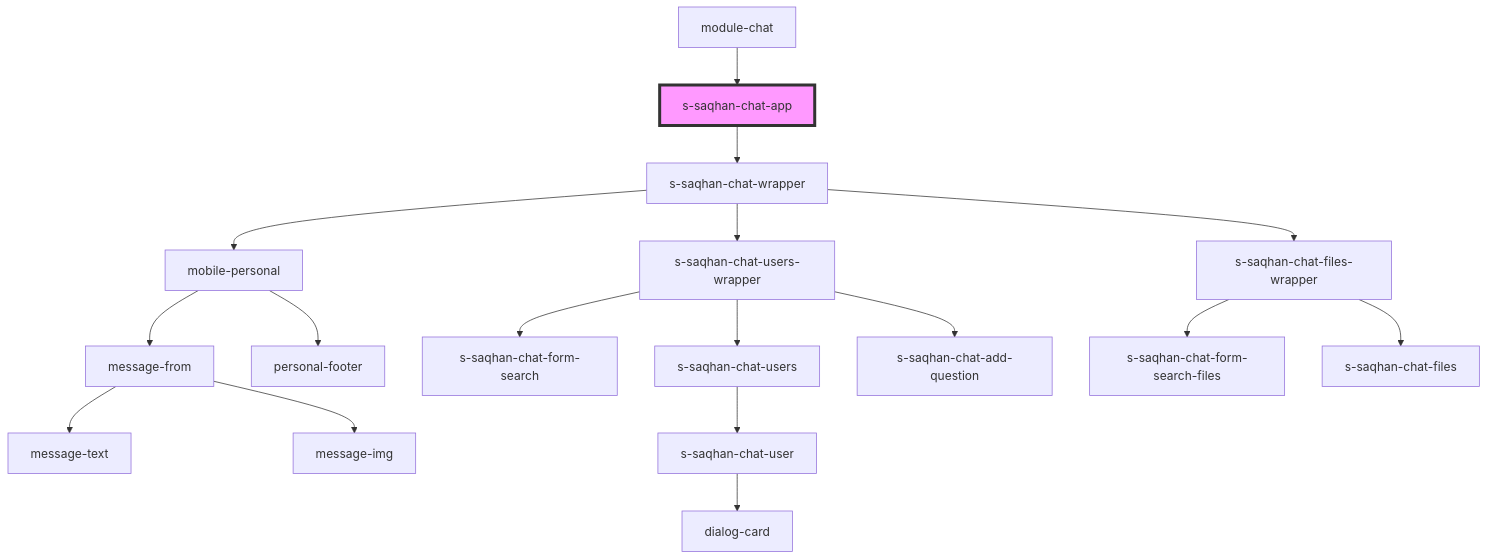
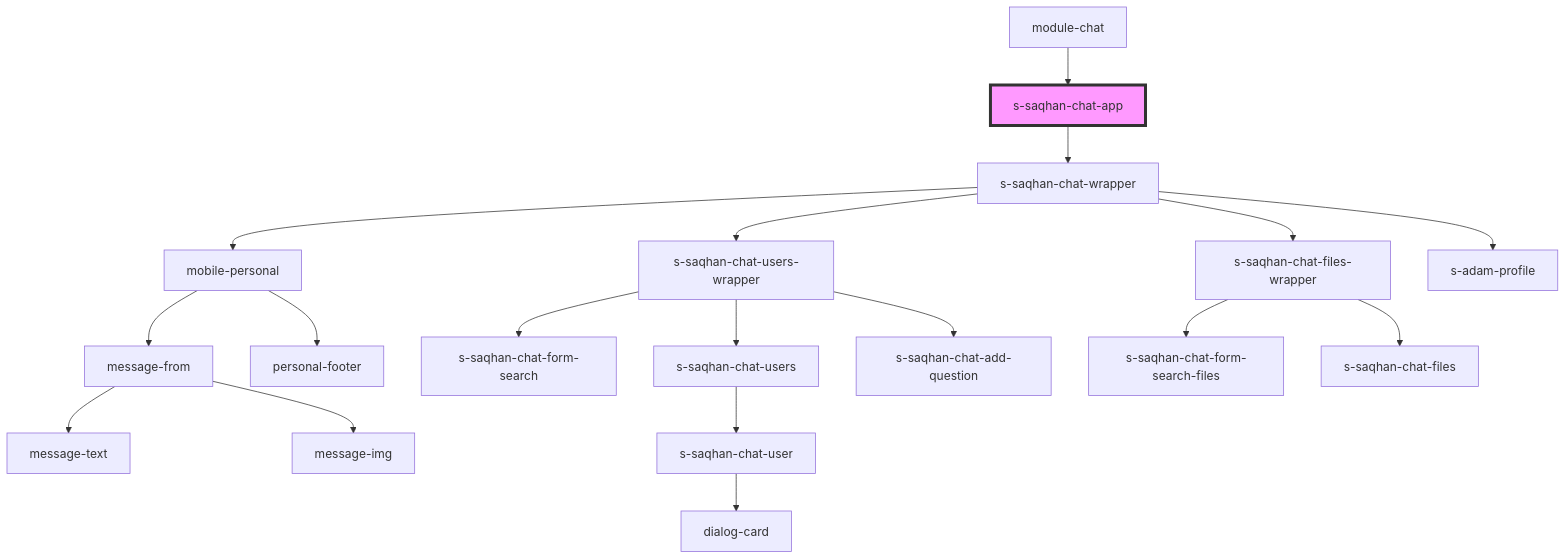
The diagram in src/components/module/module-chat/res/view/s-saqhan-chat-app/readme.md (saqhan/stencil-chat), drawn with Mermaid before and after one commit. The commit also changed 21 other files, not shown here.

````diff
--- a/src/components/module/module-chat/res/view/s-saqhan-chat-app/readme.md
+++ b/src/components/module/module-chat/res/view/s-saqhan-chat-app/readme.md
@@ -38,20 +38,21 @@
 ```mermaid
 graph TD;
   s-saqhan-chat-app --> s-saqhan-chat-wrapper
   s-saqhan-chat-wrapper --> mobile-personal
   s-saqhan-chat-wrapper --> s-saqhan-chat-users-wrapper
   s-saqhan-chat-wrapper --> s-saqhan-chat-files-wrapper
+  s-saqhan-chat-wrapper --> s-adam-profile
   mobile-personal --> message-from
   mobile-personal --> personal-footer
   message-from --> message-text
   message-from --> message-img
   s-saqhan-chat-users-wrapper --> s-saqhan-chat-form-search
   s-saqhan-chat-users-wrapper --> s-saqhan-chat-users
   s-saqhan-chat-users-wrapper --> s-saqhan-chat-add-question
   s-saqhan-chat-users --> s-saqhan-chat-user
   s-saqhan-chat-user --> dialog-card
   s-saqhan-chat-files-wrapper --> s-saqhan-chat-form-search-files
   s-saqhan-chat-files-wrapper --> s-saqhan-chat-files
   module-chat --> s-saqhan-chat-app
   style s-saqhan-chat-app fill:#f9f,stroke:#333,stroke-width:4px
 ```
````
